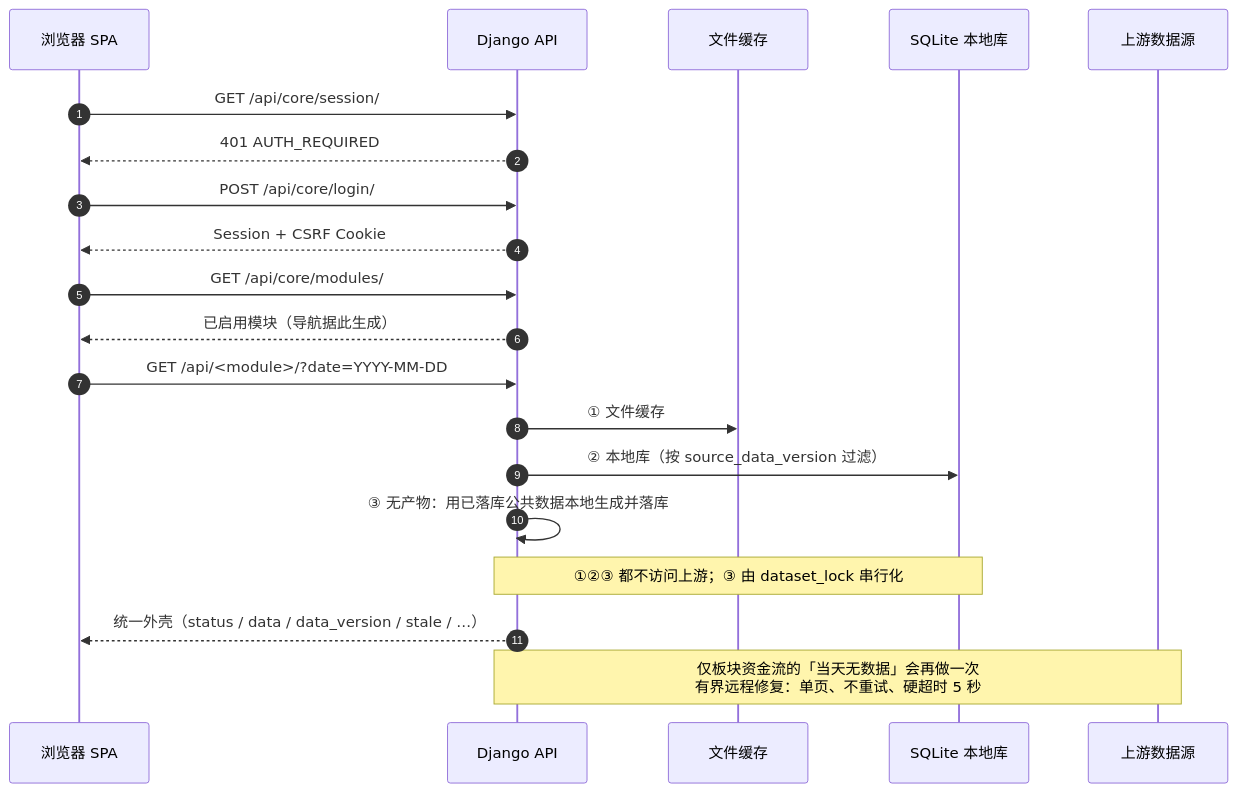
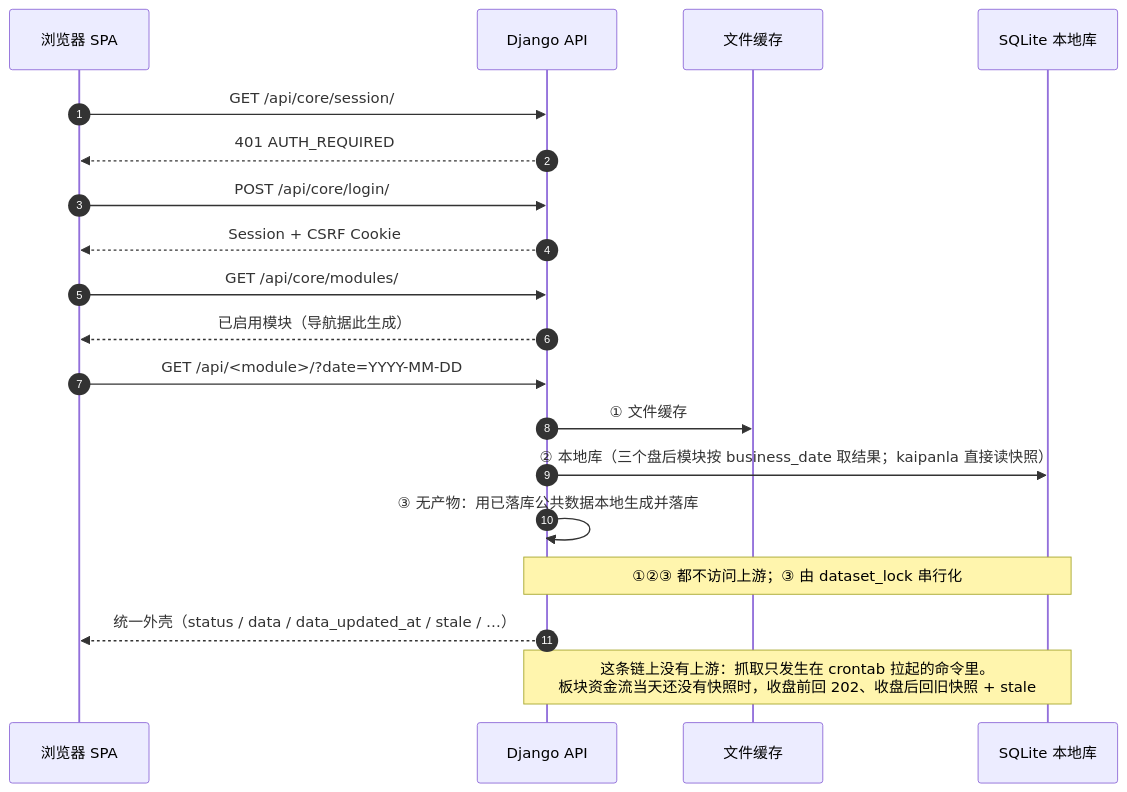
Before and after one commit to imwhatiam/AShareReview: the third of 5 diagrams in README.md, drawn with Mermaid. The commit also changed other lines of this file and 200 other files, not shown here.

````diff
--- a/README.md
+++ b/README.md
@@ -243,23 +274,22 @@
 ```mermaid
 sequenceDiagram
     autonumber
     participant B as 浏览器 SPA
     participant D as Django API
     participant C as 文件缓存
     participant S as SQLite 本地库
-    participant U as 上游数据源
 
     B->>D: GET /api/core/session/
     D-->>B: 401 AUTH_REQUIRED
     B->>D: POST /api/core/login/
     D-->>B: Session + CSRF Cookie
     B->>D: GET /api/core/modules/
     D-->>B: 已启用模块（导航据此生成）
     B->>D: GET /api/<module>/?date=YYYY-MM-DD
     D->>C: ① 文件缓存
-    D->>S: ② 本地库（按 source_data_version 过滤）
+    D->>S: ② 本地库（三个盘后模块按 business_date 取结果；kaipanla 直接读快照）
     D->>D: ③ 无产物：用已落库公共数据本地生成并落库
     Note over D,S: ①②③ 都不访问上游；③ 由 dataset_lock 串行化
-    D-->>B: 统一外壳（status / data / data_version / stale / …）
-    Note over D,U: 仅板块资金流的「当天无数据」会再做一次<br/>有界远程修复：单页、不重试、硬超时 5 秒
+    D-->>B: 统一外壳（status / data / data_updated_at / stale / …）
+    Note over D,S: 这条链上没有上游：抓取只发生在 crontab 拉起的命令里。<br/>板块资金流当天还没有快照时，收盘前回 202、收盘后回旧快照 + stale
 ```
````
